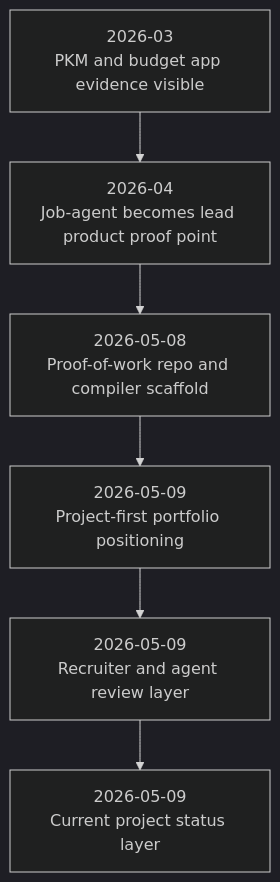
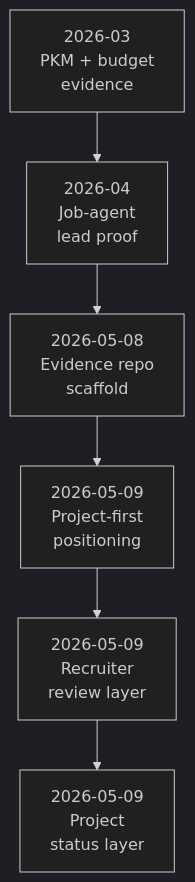
The diagram in PROJECT_TIMELINE.md (marcus-uden-dev/ai-native-proof-of-work), drawn with Mermaid (dark theme) before and after one commit. The commit also changed other lines of this file and 78 other files, not shown here.

Commit message:
Reframe strategy and diagrams around project proof

````diff
--- a/PROJECT_TIMELINE.md
+++ b/PROJECT_TIMELINE.md
@@ -14,11 +14,11 @@
 ```mermaid
 flowchart TD
-    M1["2026-03<br/>PKM and budget app evidence visible"]
-    M2["2026-04<br/>Job-agent becomes lead product proof point"]
-    M3["2026-05-08<br/>Proof-of-work repo and compiler scaffold"]
-    M4["2026-05-09<br/>Project-first portfolio positioning"]
-    M5["2026-05-09<br/>Recruiter and agent review layer"]
-    M6["2026-05-09<br/>Current project status layer"]
+    M1["2026-03<br/>PKM + budget<br/>evidence"]
+    M2["2026-04<br/>Job-agent<br/>lead proof"]
+    M3["2026-05-08<br/>Evidence repo<br/>scaffold"]
+    M4["2026-05-09<br/>Project-first<br/>positioning"]
+    M5["2026-05-09<br/>Recruiter<br/>review layer"]
+    M6["2026-05-09<br/>Project<br/>status layer"]
 
     M1 --> M2 --> M3 --> M4 --> M5 --> M6
 ```
````
